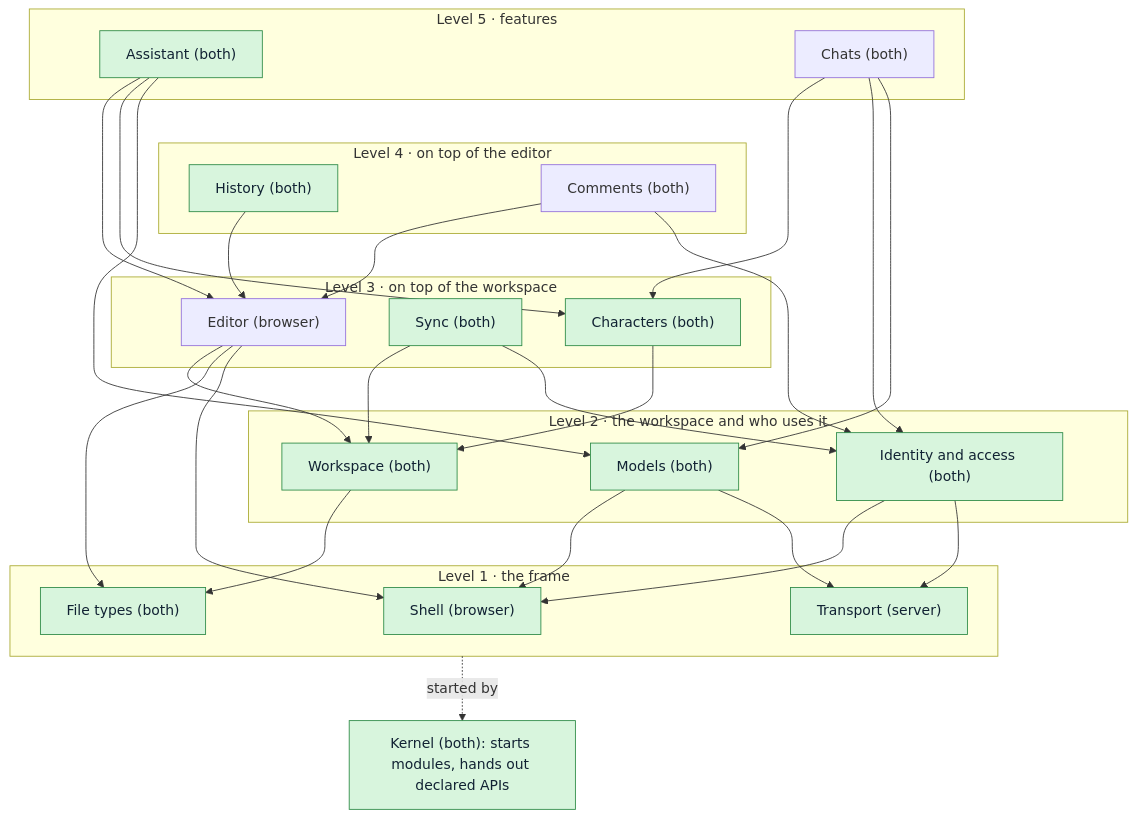
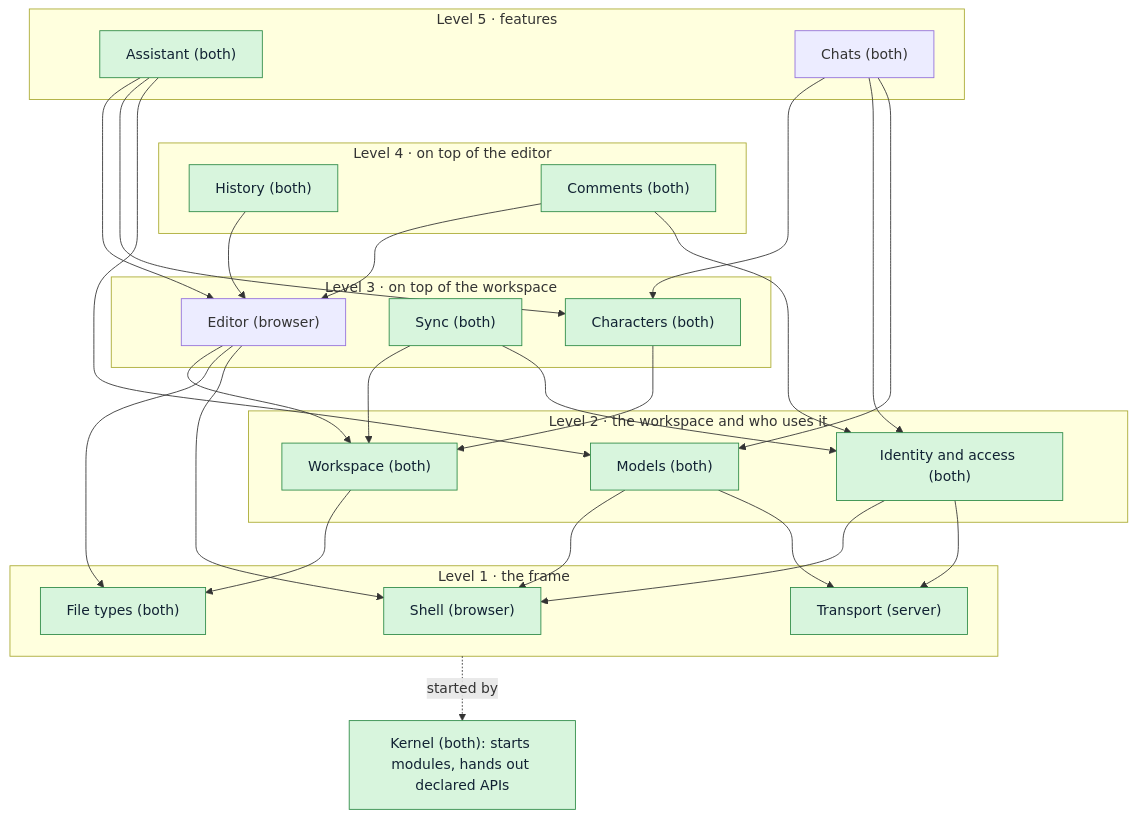
The first of 5 diagrams in docs/ARCHITECTURE.md (RustColeone/StiloMarker), drawn with Mermaid before and after one commit. The commit also changed other lines of this file and 30 other files, not shown here.

````diff
--- a/docs/ARCHITECTURE.md
+++ b/docs/ARCHITECTURE.md
@@ -54,43 +54,43 @@
 ```mermaid
 flowchart TB
   subgraph L5["Level 5 · features"]
     Assistant["Assistant (both)"]
     Chats["Chats (both)"]
   end
   subgraph L4["Level 4 · on top of the editor"]
     History["History (both)"]
     Comments["Comments (both)"]
   end
   subgraph L3["Level 3 · on top of the workspace"]
     Editor["Editor (browser)"]
     Sync["Sync (both)"]
     Characters["Characters (both)"]
   end
   subgraph L2["Level 2 · the workspace and who uses it"]
     Workspace["Workspace (both)"]
     Identity["Identity and access (both)"]
     Models["Models (both)"]
   end
   subgraph L1["Level 1 · the frame"]
     Shell["Shell (browser)"]
     Transport["Transport (server)"]
     FileTypes["File types (both)"]
   end
   Kernel["Kernel (both): starts modules, hands out declared APIs"]
 
   Assistant --> Editor & Characters & Models
   Chats --> Characters & Identity & Models
   History --> Editor
   Comments --> Editor & Identity
   Editor --> Workspace & FileTypes & Shell
   Characters --> Workspace
   Sync --> Workspace & Identity
   Workspace --> FileTypes
   Identity --> Shell & Transport
   Models --> Shell & Transport
   L1 -.started by.-> Kernel
   L5 ~~~ L4 ~~~ L3 ~~~ L2 ~~~ L1
 
   classDef built fill:#d8f5dd,stroke:#2e8b47,color:#123;
-  class Shell,Transport,FileTypes,Workspace,Identity,Models,Sync,Characters,History,Assistant,Kernel built;
+  class Shell,Transport,FileTypes,Workspace,Identity,Models,Sync,Characters,History,Comments,Assistant,Kernel built;
 ```
````
